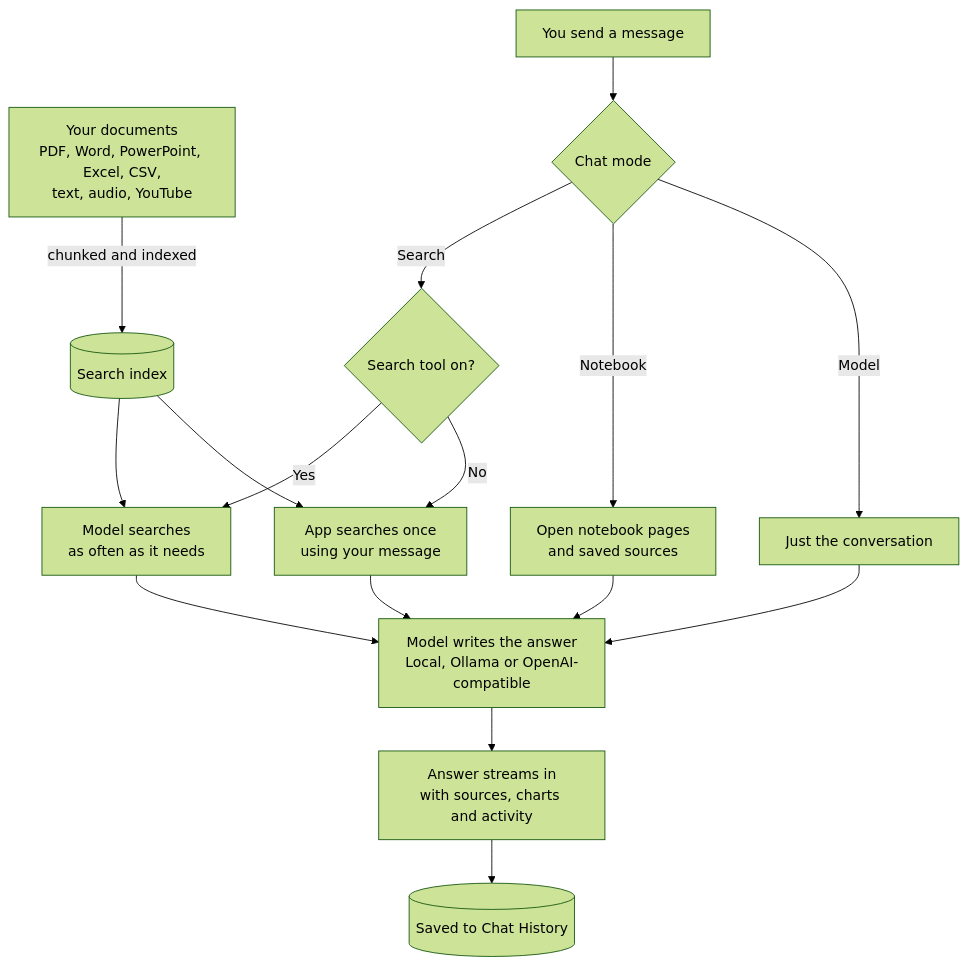
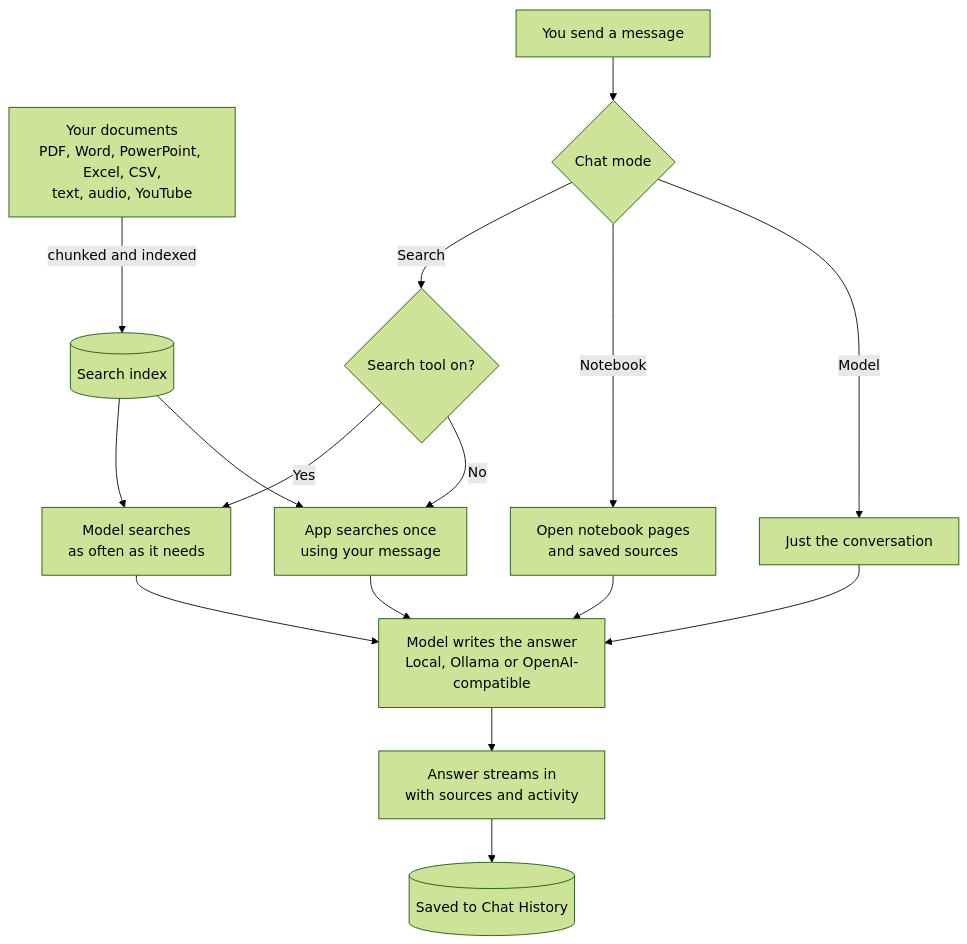
Before and after one commit to Deployable-Knowledge/Deployable-Knowledge: the diagram in docs/CHAT_PIPELINE.md, drawn with Mermaid (forest theme). The commit also changed 21 other files, not shown here.

````diff
--- a/docs/CHAT_PIPELINE.md
+++ b/docs/CHAT_PIPELINE.md
@@ -5,23 +5,23 @@
 ```mermaid
 flowchart TD
     Docs["Your documents<br/>PDF, Word, PowerPoint, Excel, CSV,<br/>text, audio, YouTube"] -->|"chunked and indexed"| Index[("Search index")]
 
     You["You send a message"] --> Mode{"Chat mode"}
 
     Mode -->|"Search"| Tools{"Search tool on?"}
     Tools -->|"Yes"| Agentic["Model searches<br/>as often as it needs"]
     Tools -->|"No"| Auto["App searches once<br/>using your message"]
     Index --> Agentic
     Index --> Auto
 
     Mode -->|"Notebook"| NB["Open notebook pages<br/>and saved sources"]
     Mode -->|"Model"| Plain["Just the conversation"]
 
     Agentic --> LLM["Model writes the answer<br/>Local, Ollama or OpenAI-compatible"]
     Auto --> LLM
     NB --> LLM
     Plain --> LLM
 
-    LLM --> Out["Answer streams in<br/>with sources, charts and activity"]
+    LLM --> Out["Answer streams in<br/>with sources and activity"]
     Out --> Save[("Saved to Chat History")]
 ```
````
